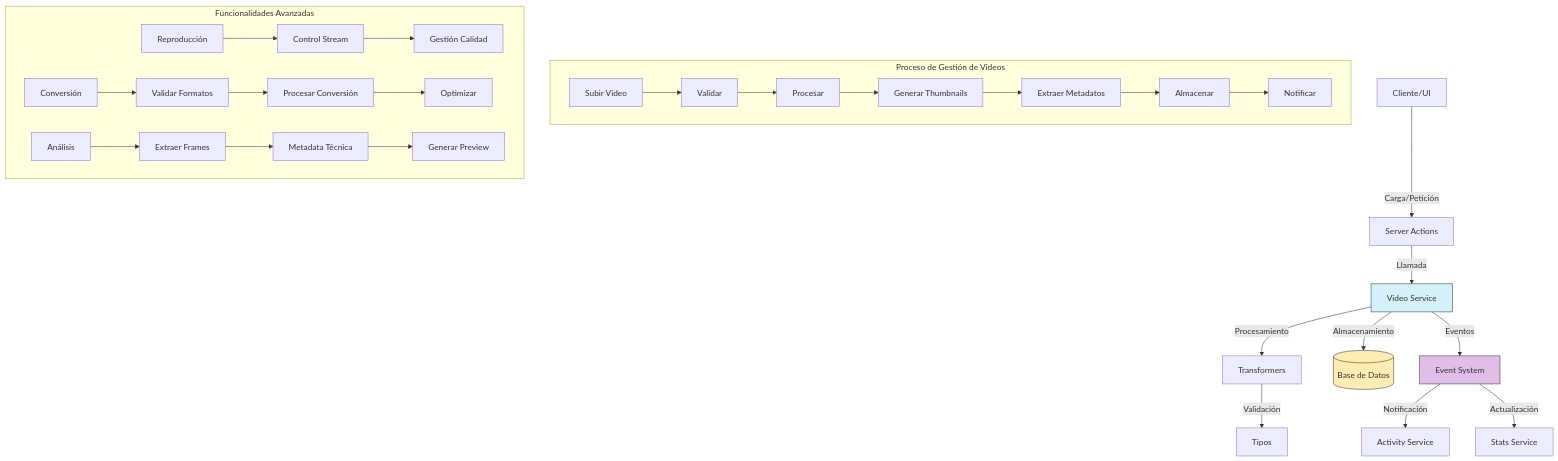
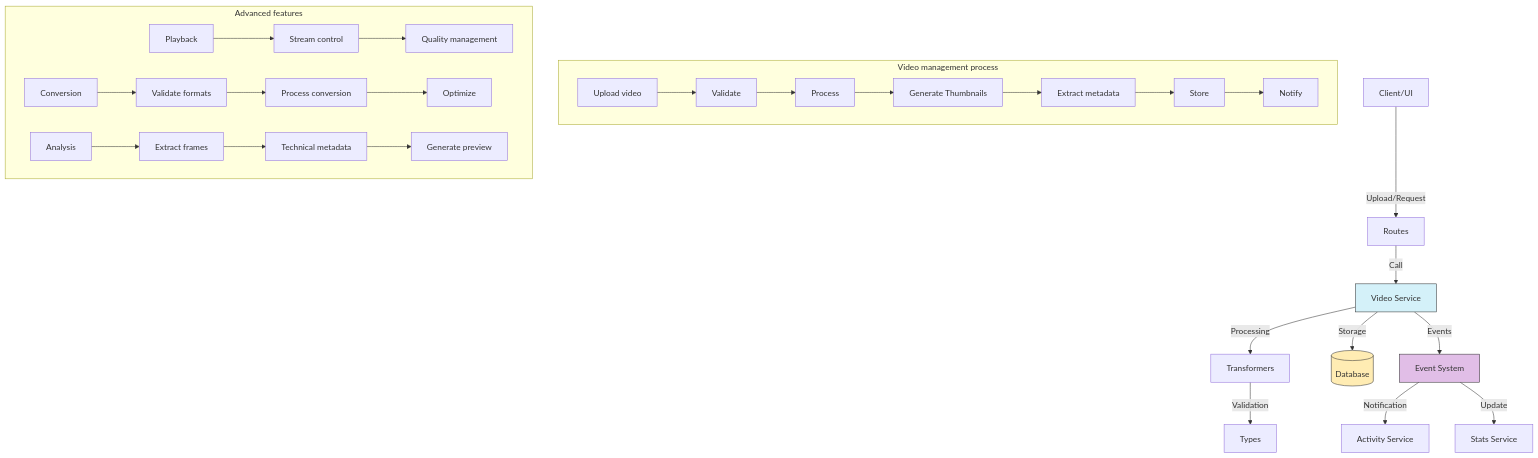
Before and after one commit to gvastethecreator/media-manager: the diagram in src/services/video/README.md, drawn with Mermaid. The commit also changed other lines of this file and 98 other files, not shown here.

Commit message:
docs: initialize comprehensive architectural documentation and component-level README files across the repository.

````diff
--- a/src/services/video/README.md
+++ b/src/services/video/README.md
@@ -9,37 +15,37 @@
 ```mermaid
 graph TD
-    A[Cliente/UI] -->|Carga/Petición| B[Server Actions]
-    B -->|Llamada| C[Video Service]
-    C -->|Procesamiento| D[Transformers]
-    D -->|Validación| E[Tipos]
-    C -->|Almacenamiento| F[(Base de Datos)]
-    C -->|Eventos| G[Event System]
-    G -->|Notificación| H[Activity Service]
-    G -->|Actualización| I[Stats Service]
+    A[Client/UI] -->|Upload/Request| B[Routes]
+    B -->|Call| C[Video Service]
+    C -->|Processing| D[Transformers]
+    D -->|Validation| E[Types]
+    C -->|Storage| F[(Database)]
+    C -->|Events| G[Event System]
+    G -->|Notification| H[Activity Service]
+    G -->|Update| I[Stats Service]
 
-    subgraph "Proceso de Gestión de Videos"
-        J[Subir Video] --> K[Validar]
-        K --> L[Procesar]
-        L --> M[Generar Thumbnails]
-        M --> N[Extraer Metadatos]
-        N --> O[Almacenar]
-        O --> P[Notificar]
+    subgraph "Video management process"
+        J[Upload video] --> K[Validate]
+        K --> L[Process]
+        L --> M[Generate Thumbnails]
+        M --> N[Extract metadata]
+        N --> O[Store]
+        O --> P[Notify]
     end
 
-    subgraph "Funcionalidades Avanzadas"
-        Q[Reproducción] --> R[Control Stream]
-        R --> S[Gestión Calidad]
+    subgraph "Advanced features"
+        Q[Playback] --> R[Stream control]
+        R --> S[Quality management]
 
-        T[Conversión] --> U[Validar Formatos]
-        U --> V[Procesar Conversión]
-        V --> W[Optimizar]
+        T[Conversion] --> U[Validate formats]
+        U --> V[Process conversion]
+        V --> W[Optimize]
 
-        X[Análisis] --> Y[Extraer Frames]
-        Y --> Z[Metadata Técnica]
-        Z --> AA[Generar Preview]
+        X[Analysis] --> Y[Extract frames]
+        Y --> Z[Technical metadata]
+        Z --> AA[Generate preview]
     end
 
     style C fill:#d4f1f9,stroke:#333,stroke-width:1px
     style F fill:#ffecb3,stroke:#333,stroke-width:1px
     style G fill:#e1bee7,stroke:#333,stroke-width:1px
 ```
````
